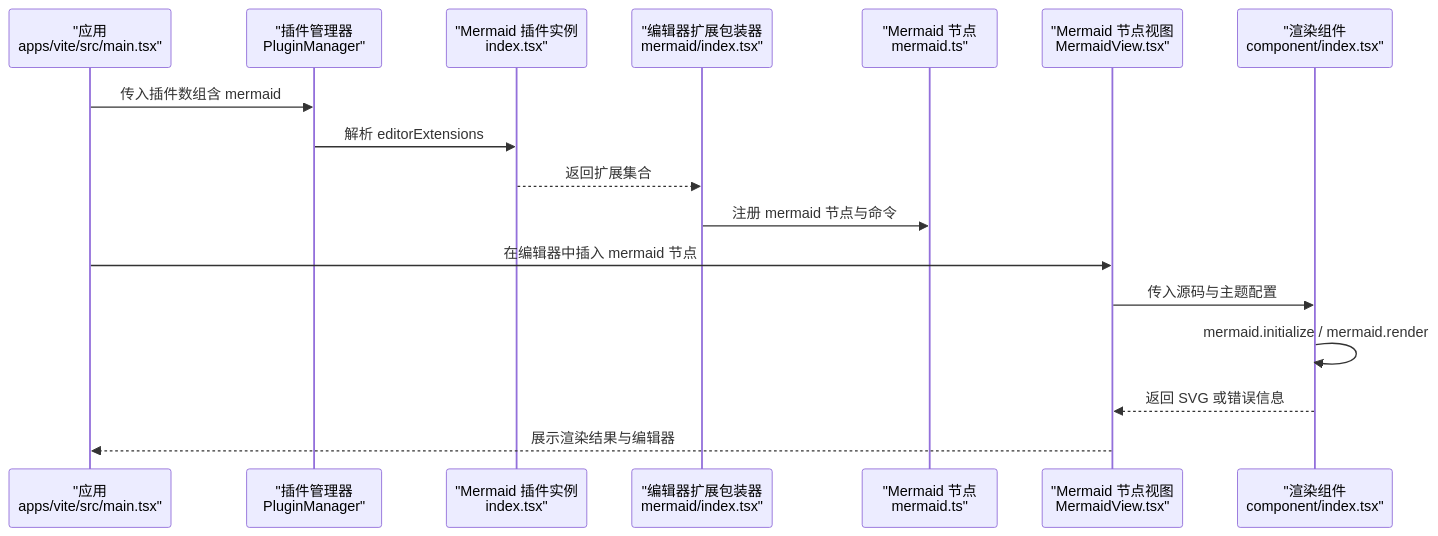
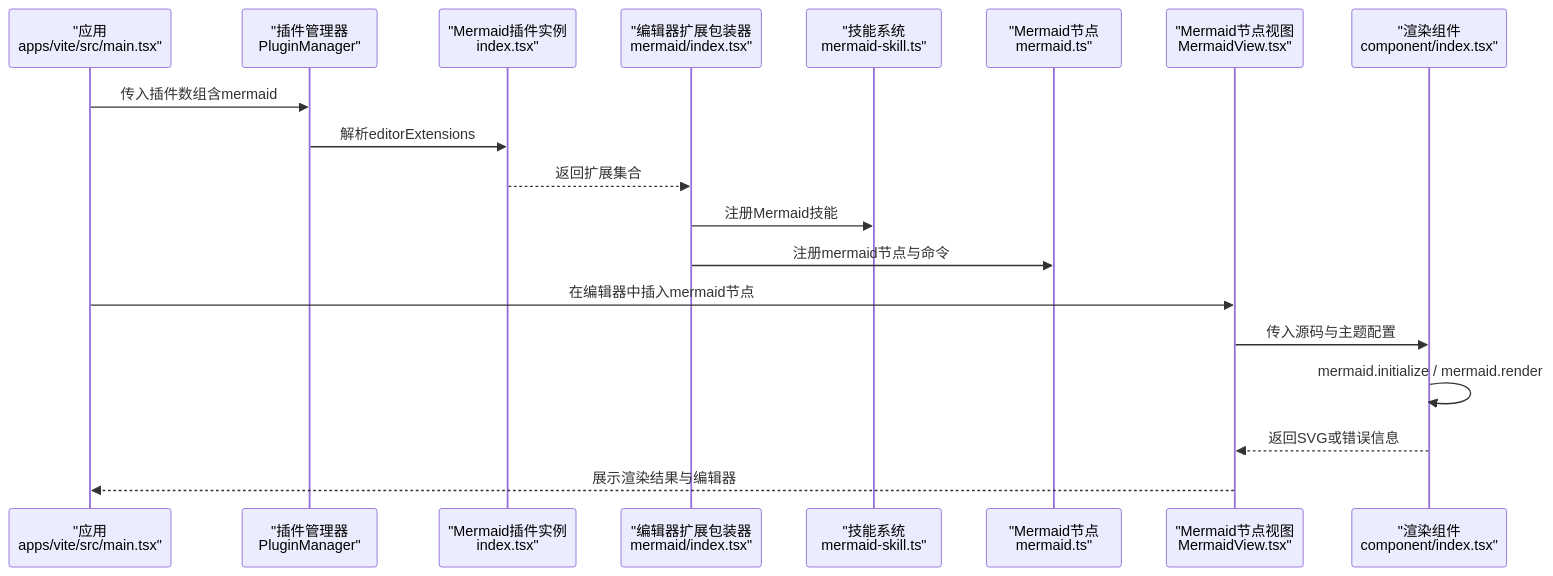
One commit to LRF0422/Kotion changed the second of 8 diagrams in .qoder/repowiki/zh/content/功能模块/绘图插件/Mermaid图表插件.md. Above: the diagram before and after it, drawn with Mermaid. The commit also changed other lines of this file and 75 other files, not shown here.

````diff
--- a/.qoder/repowiki/zh/content/功能模块/绘图插件/Mermaid图表插件.md
+++ b/.qoder/repowiki/zh/content/功能模块/绘图插件/Mermaid图表插件.md
@@ -96,19 +100,21 @@
 ```mermaid
 sequenceDiagram
 participant App as "应用<br/>apps/vite/src/main.tsx"
 participant PM as "插件管理器<br/>PluginManager"
-participant Plugin as "Mermaid 插件实例<br/>index.tsx"
+participant Plugin as "Mermaid插件实例<br/>index.tsx"
 participant Ext as "编辑器扩展包装器<br/>mermaid/index.tsx"
-participant Node as "Mermaid 节点<br/>mermaid.ts"
-participant View as "Mermaid 节点视图<br/>MermaidView.tsx"
+participant Skill as "技能系统<br/>mermaid-skill.ts"
+participant Node as "Mermaid节点<br/>mermaid.ts"
+participant View as "Mermaid节点视图<br/>MermaidView.tsx"
 participant Render as "渲染组件<br/>component/index.tsx"
-App->>PM : 传入插件数组含 mermaid
-PM->>Plugin : 解析 editorExtensions
+App->>PM : 传入插件数组含mermaid
+PM->>Plugin : 解析editorExtensions
 Plugin-->>Ext : 返回扩展集合
-Ext->>Node : 注册 mermaid 节点与命令
-App->>View : 在编辑器中插入 mermaid 节点
+Ext->>Skill : 注册Mermaid技能
+Ext->>Node : 注册mermaid节点与命令
+App->>View : 在编辑器中插入mermaid节点
 View->>Render : 传入源码与主题配置
 Render->>Render : mermaid.initialize / mermaid.render
-Render-->>View : 返回 SVG 或错误信息
+Render-->>View : 返回SVG或错误信息
 View-->>App : 展示渲染结果与编辑器
 ```
````
